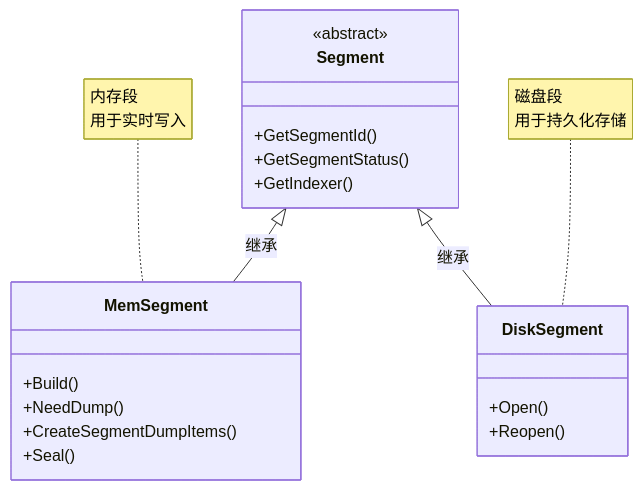
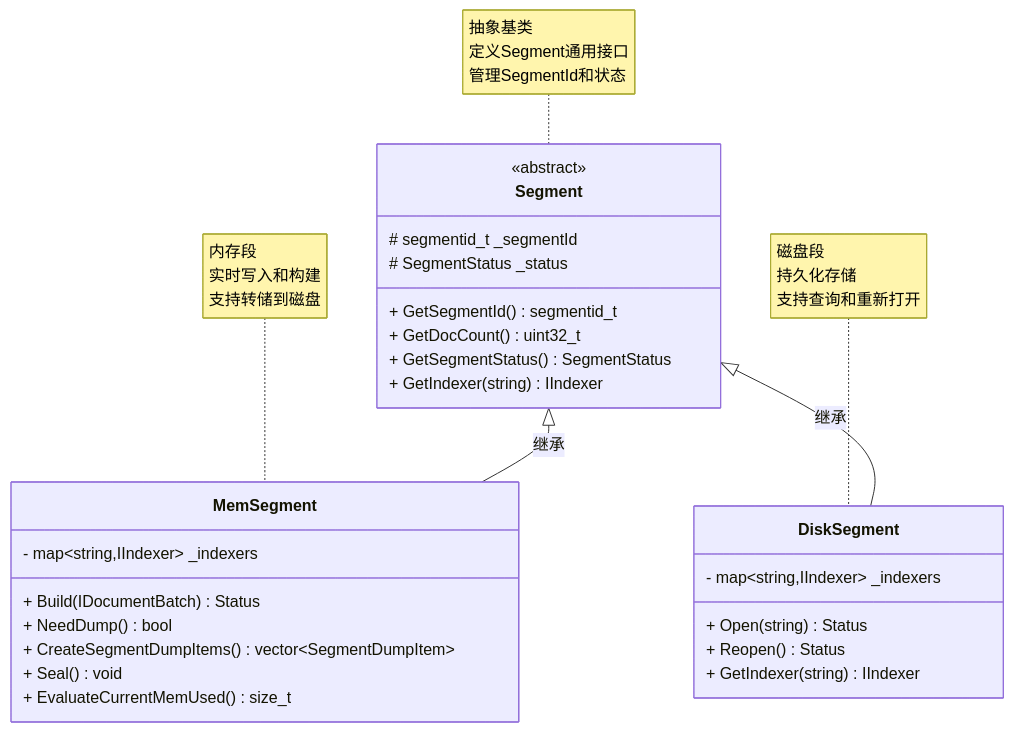
Before and after one commit to zhouzhilong-commits/zhouzhilong-commits.github.io: the seventh of 22 diagrams in _posts/2025-05-08-indexlib-1-architecture-overview.md, drawn with Mermaid. The commit also changed other lines of this file and 6 other files, not shown here.

````diff
--- a/_posts/2025-05-08-indexlib-1-architecture-overview.md
+++ b/_posts/2025-05-08-indexlib-1-architecture-overview.md
@@ -354,27 +488,35 @@
 ```mermaid
 classDiagram
     class Segment {
         <<abstract>>
-        +GetSegmentId()
-        +GetSegmentStatus()
-        +GetIndexer()
+        # segmentid_t _segmentId
+        # SegmentStatus _status
+        + GetSegmentId() segmentid_t
+        + GetDocCount() uint32_t
+        + GetSegmentStatus() SegmentStatus
+        + GetIndexer(string) IIndexer
     }
     
     class MemSegment {
-        +Build()
-        +NeedDump()
-        +CreateSegmentDumpItems()
-        +Seal()
+        - map~string,IIndexer~ _indexers
+        + Build(IDocumentBatch) Status
+        + NeedDump() bool
+        + CreateSegmentDumpItems() vector~SegmentDumpItem~
+        + Seal() void
+        + EvaluateCurrentMemUsed() size_t
     }
     
     class DiskSegment {
-        +Open()
-        +Reopen()
+        - map~string,IIndexer~ _indexers
+        + Open(string) Status
+        + Reopen() Status
+        + GetIndexer(string) IIndexer
     }
     
     Segment <|-- MemSegment : 继承
     Segment <|-- DiskSegment : 继承
     
-    note for MemSegment "内存段<br/>用于实时写入"
-    note for DiskSegment "磁盘段<br/>用于持久化存储"
+    note for Segment "抽象基类<br/>定义Segment通用接口<br/>管理SegmentId和状态"
+    note for MemSegment "内存段<br/>实时写入和构建<br/>支持转储到磁盘"
+    note for DiskSegment "磁盘段<br/>持久化存储<br/>支持查询和重新打开"
 ```
````
